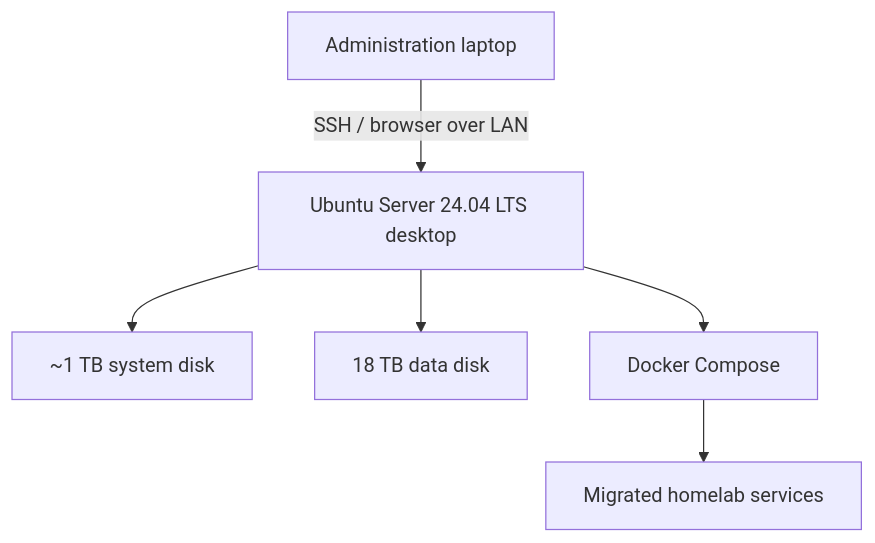
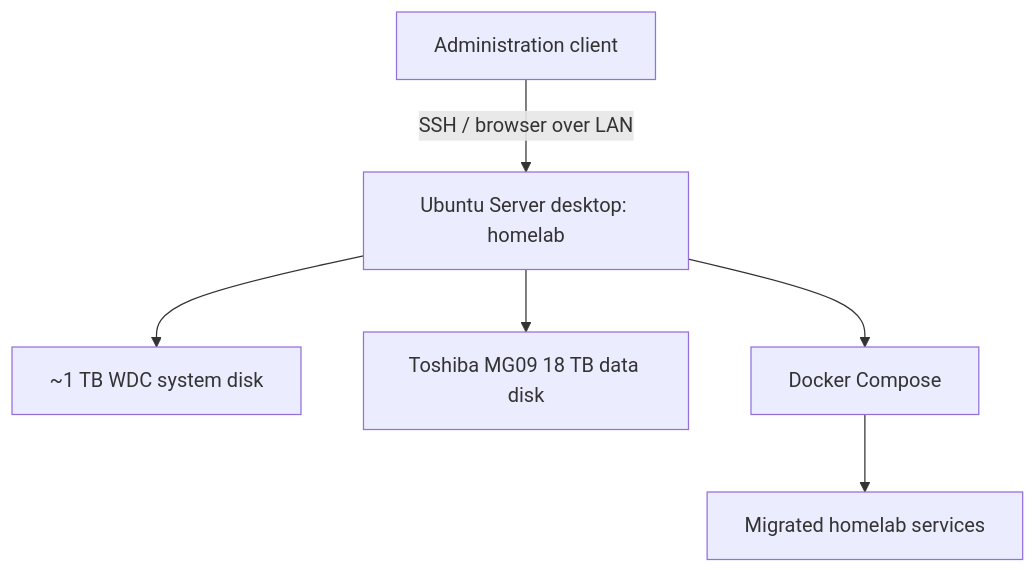
The second of 2 diagrams in docs/architecture.md (Az1mutt/homelab-infrastructure), drawn with Mermaid before and after one commit. The commit also changed other lines of this file, not shown here.

Commit message:
Update architecture for verified source and target state

````diff
--- a/docs/architecture.md
+++ b/docs/architecture.md
@@ -50,8 +53,8 @@
 ```mermaid
 flowchart TD
-    Admin["Administration laptop"] -->|"SSH / browser over LAN"| Server["Ubuntu Server 24.04 LTS desktop"]
-    Server --> SystemDisk["~1 TB system disk"]
-    Server --> DataDisk["18 TB data disk"]
+    Admin["Administration client"] -->|"SSH / browser over LAN"| Server["Ubuntu Server desktop: homelab"]
+    Server --> SystemDisk["~1 TB WDC system disk"]
+    Server --> DataDisk["Toshiba MG09 18 TB data disk"]
     Server --> Docker["Docker Compose"]
     Docker --> Services["Migrated homelab services"]
 ```
````
